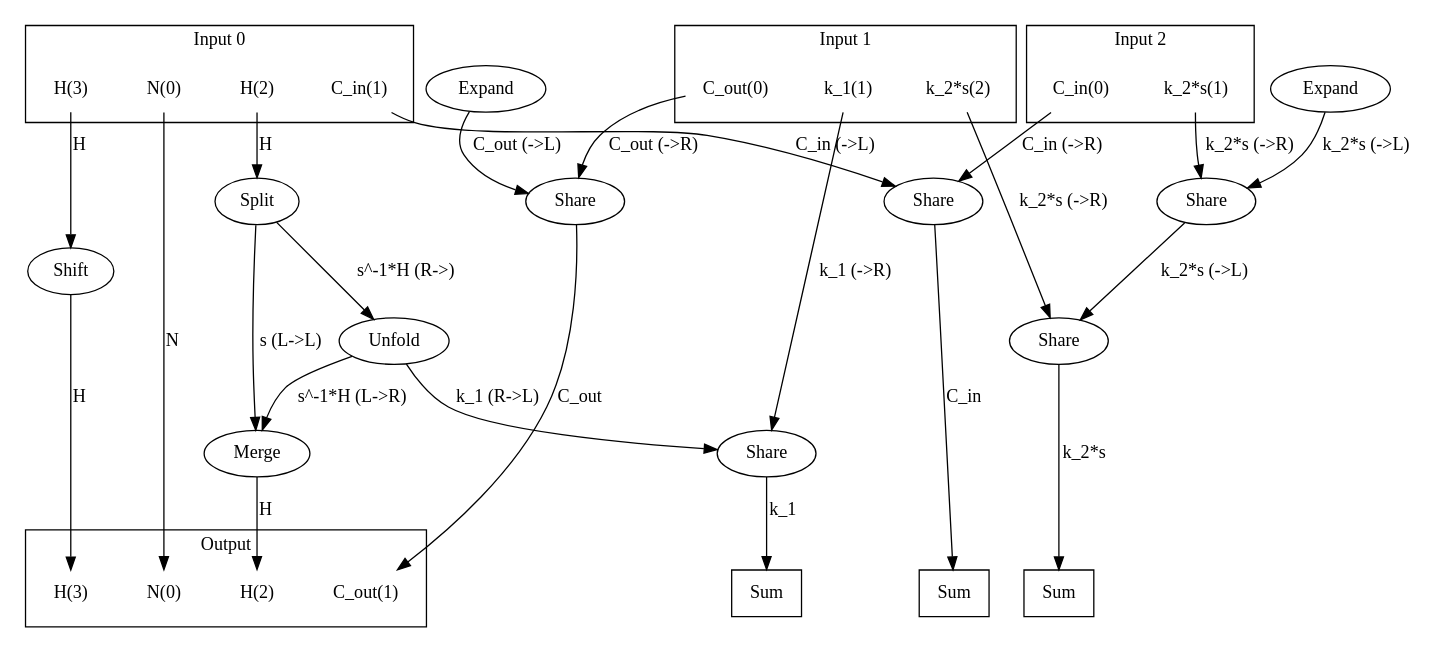
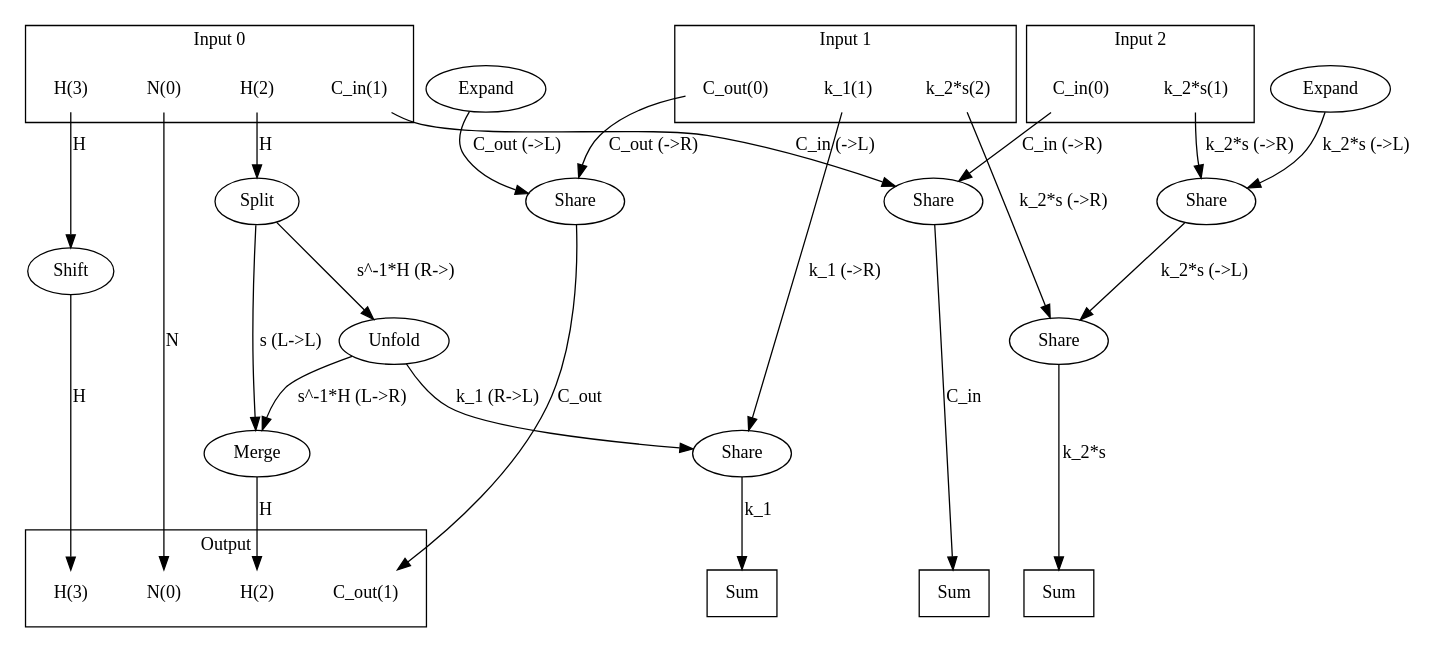
The diagram in data/vision/mdev/good-kernels-imagenet/efficientnet_v2_s/07984_10804812344036242576/kernel_scheduler_dir/kernel_graph.dot (Yongqi-Zhuo/Syno-AE), drawn with Graphviz before and after one commit. The commit also changed 509 other files, not shown here.

```diff
--- a/data/vision/mdev/good-kernels-imagenet/efficientnet_v2_s/07984_10804812344036242576/kernel_scheduler_dir/kernel_graph.dot
+++ b/data/vision/mdev/good-kernels-imagenet/efficientnet_v2_s/07984_10804812344036242576/kernel_scheduler_dir/kernel_graph.dot
@@ -1,84 +1,84 @@
 digraph kernel_generated {
 newrank = true;
-op_0x7fa0501942f0 [label="Split"];
-op_0x7fa4d8030c80 [label="Unfold"];
-op_0x7fa58c0096a0 [label="Share"];
-op_0x7fa58c00af00 [label="Share"];
-op_0x7fa8e4004630 [label="Share"];
-op_0x7fa8fc004c80 [label="Share"];
-op_0x7fa910005ce0 [label="Merge"];
-op_0x7fa950004600 [label="Share"];
-op_0x7fa950004cf8 [label="Expand"];
-op_0x7fa950004d98 [label="Expand"];
-op_0x7fa950005db0 [label="Shift"];
-reduce_0x7fa1a40035d0 [label="Sum", shape=box];
-reduce_0x7fa1a4001998 [label="Sum", shape=box];
-reduce_0x7fa1a4005e70 [label="Sum", shape=box];
+op_0x5596d7875100 [label="Share"];
+op_0x5596d7875470 [label="Share"];
+op_0x5596d7875560 [label="Share"];
+op_0x5596d7875618 [label="Expand"];
+op_0x5596d78756f8 [label="Expand"];
+op_0x5596d7875eb0 [label="Shift"];
+op_0x5596d78773c0 [label="Merge"];
+op_0x5596d787b9d0 [label="Share"];
+op_0x5596d787ba20 [label="Share"];
+op_0x5596d78eaac0 [label="Unfold"];
+op_0x5596d78eba00 [label="Split"];
+reduce_0x7ef0e40034d0 [label="Sum", shape=box];
+reduce_0x7ef0e4001a98 [label="Sum", shape=box];
+reduce_0x7ef0e4005c70 [label="Sum", shape=box];
 subgraph cluster_out {
 label = "Output";
 out_0 [label="N(0)", shape=none];
 out_1 [label="C_out(1)", shape=none];
 out_2 [label="H(2)", shape=none];
 out_3 [label="H(3)", shape=none];
 }
 { rank = same;
-reduce_0x7fa1a40035d0;
-reduce_0x7fa1a4001998;
-reduce_0x7fa1a4005e70;
+reduce_0x7ef0e40034d0;
+reduce_0x7ef0e4001a98;
+reduce_0x7ef0e4005c70;
 out_0;
 out_1;
 out_2;
 out_3;
 }
 subgraph cluster_in_0 {
 label = "Input 0";
 in_0_0 [label="N(0)", shape=none];
 in_0_1 [label="C_in(1)", shape=none];
 in_0_2 [label="H(2)", shape=none];
 in_0_3 [label="H(3)", shape=none];
 }
 subgraph cluster_in_1 {
 label = "Input 1";
 in_1_0 [label="C_out(0)", shape=none];
 in_1_1 [label="k_1(1)", shape=none];
 in_1_2 [label="k_2*s(2)", shape=none];
 }
 subgraph cluster_in_2 {
 label = "Input 2";
 in_2_0 [label="C_in(0)", shape=none];
 in_2_1 [label="k_2*s(1)", shape=none];
 }
 { rank = same;
 in_0_0;
 in_0_1;
 in_0_2;
 in_0_3;
 in_1_0;
 in_1_1;
 in_1_2;
 in_2_0;
 in_2_1;
 }
 in_0_0 -> out_0 [label="N"];
-in_0_1 -> op_0x7fa58c00af00 [label="C_in (->L)"];
-in_0_2 -> op_0x7fa0501942f0 [label="H"];
-in_0_3 -> op_0x7fa950005db0 [label="H"];
-in_1_0 -> op_0x7fa950004600 [label="C_out (->R)"];
-in_1_1 -> op_0x7fa8e4004630 [label="k_1 (->R)"];
-in_1_2 -> op_0x7fa8fc004c80 [label="k_2*s (->R)"];
-in_2_0 -> op_0x7fa58c00af00 [label="C_in (->R)"];
-in_2_1 -> op_0x7fa58c0096a0 [label="k_2*s (->R)"];
-op_0x7fa950004600 -> out_1 [label="C_out"];
-op_0x7fa910005ce0 -> out_2 [label="H"];
-op_0x7fa950005db0 -> out_3 [label="H"];
-op_0x7fa8e4004630 -> reduce_0x7fa1a4001998 [label="k_1"];
-op_0x7fa8fc004c80 -> reduce_0x7fa1a40035d0 [label="k_2*s"];
-op_0x7fa58c00af00 -> reduce_0x7fa1a4005e70 [label="C_in"];
-op_0x7fa0501942f0 -> op_0x7fa4d8030c80 [label="s^-1*H (R->)"];
-op_0x7fa950004d98 -> op_0x7fa58c0096a0 [label="k_2*s (->L)"];
-op_0x7fa4d8030c80 -> op_0x7fa8e4004630 [label="k_1 (R->L)"];
-op_0x7fa58c0096a0 -> op_0x7fa8fc004c80 [label="k_2*s (->L)"];
-op_0x7fa0501942f0 -> op_0x7fa910005ce0 [label="s (L->L)"];
-op_0x7fa4d8030c80 -> op_0x7fa910005ce0 [label="s^-1*H (L->R)"];
-op_0x7fa950004cf8 -> op_0x7fa950004600 [label="C_out (->L)"];
+in_0_1 -> op_0x5596d787b9d0 [label="C_in (->L)"];
+in_0_2 -> op_0x5596d78eba00 [label="H"];
+in_0_3 -> op_0x5596d7875eb0 [label="H"];
+in_1_0 -> op_0x5596d7875100 [label="C_out (->R)"];
+in_1_1 -> op_0x5596d7875470 [label="k_1 (->R)"];
+in_1_2 -> op_0x5596d7875560 [label="k_2*s (->R)"];
+in_2_0 -> op_0x5596d787b9d0 [label="C_in (->R)"];
+in_2_1 -> op_0x5596d787ba20 [label="k_2*s (->R)"];
+op_0x5596d7875100 -> out_1 [label="C_out"];
+op_0x5596d78773c0 -> out_2 [label="H"];
+op_0x5596d7875eb0 -> out_3 [label="H"];
+op_0x5596d7875618 -> op_0x5596d7875100 [label="C_out (->L)"];
+op_0x5596d78eaac0 -> op_0x5596d7875470 [label="k_1 (R->L)"];
+op_0x5596d787ba20 -> op_0x5596d7875560 [label="k_2*s (->L)"];
+op_0x5596d78eba00 -> op_0x5596d78773c0 [label="s (L->L)"];
+op_0x5596d78eaac0 -> op_0x5596d78773c0 [label="s^-1*H (L->R)"];
+op_0x5596d78756f8 -> op_0x5596d787ba20 [label="k_2*s (->L)"];
+op_0x5596d78eba00 -> op_0x5596d78eaac0 [label="s^-1*H (R->)"];
+op_0x5596d7875470 -> reduce_0x7ef0e4001a98 [label="k_1"];
+op_0x5596d7875560 -> reduce_0x7ef0e40034d0 [label="k_2*s"];
+op_0x5596d787b9d0 -> reduce_0x7ef0e4005c70 [label="C_in"];
 }
```
